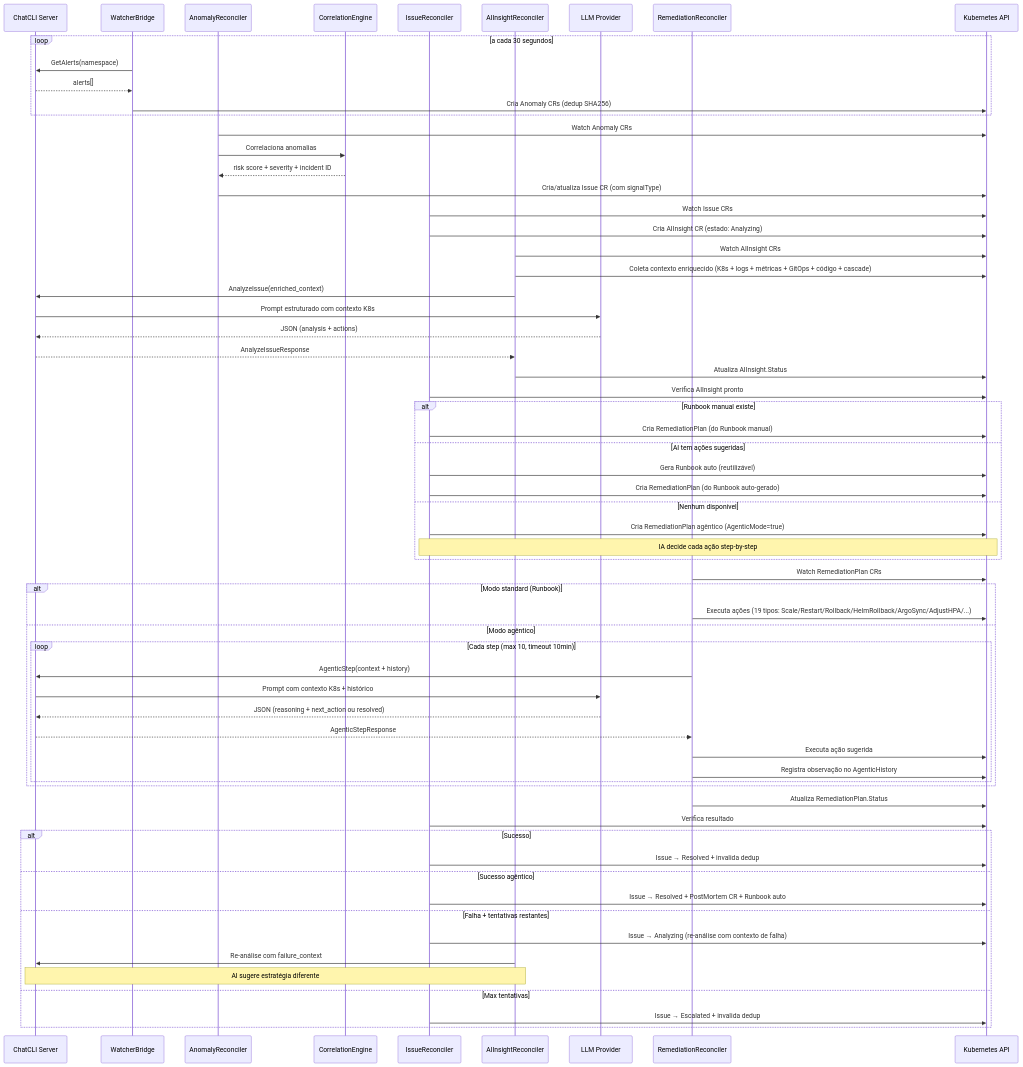
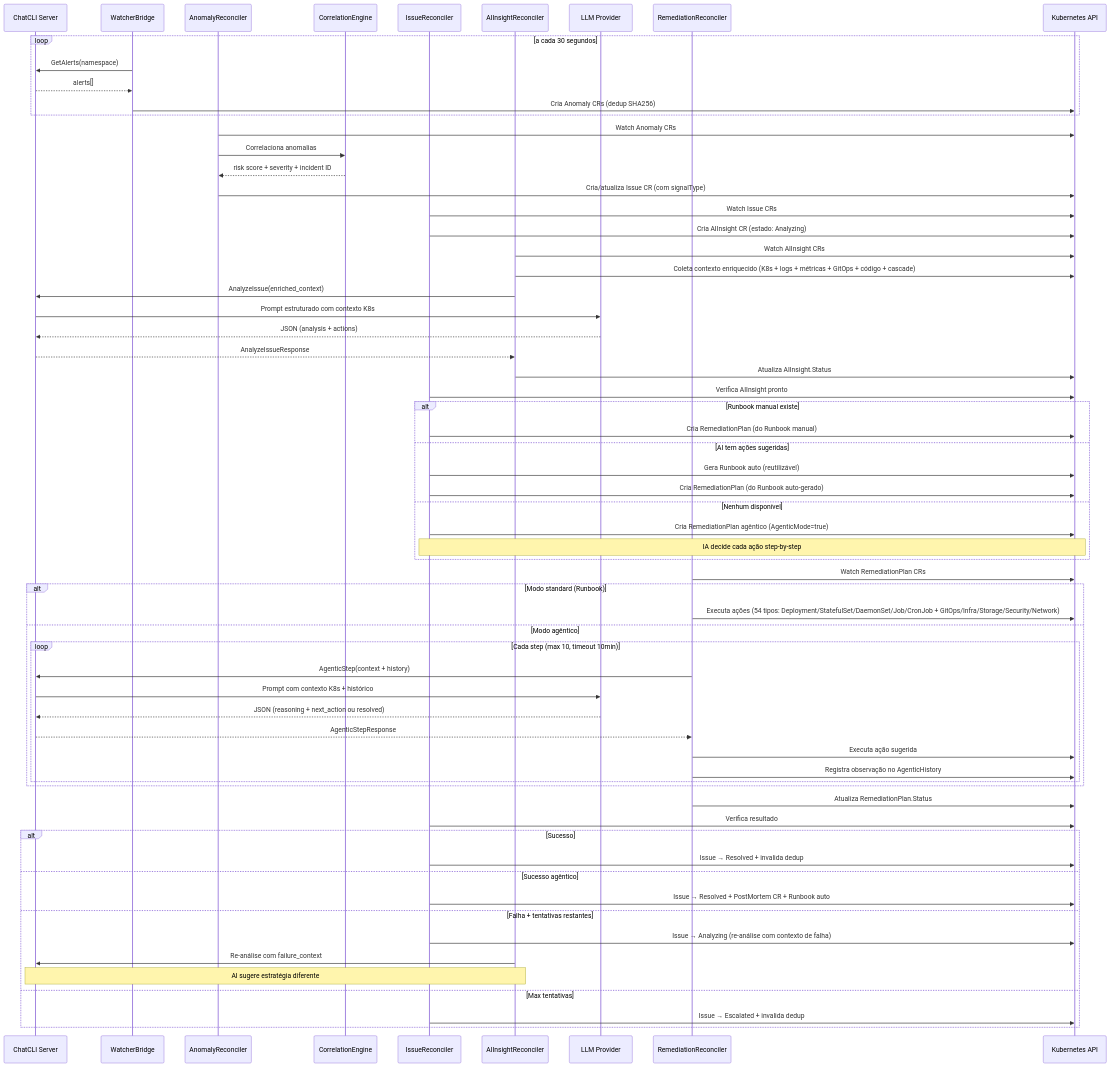
The first of 3 diagrams in features/aiops-platform.mdx (diillson/chatcli.ai), drawn with Mermaid before and after one commit. The commit also changed other lines of this file and 5 other files, not shown here.

````diff
--- a/features/aiops-platform.mdx
+++ b/features/aiops-platform.mdx
@@ -16,74 +16,74 @@
 ```mermaid
 sequenceDiagram
     participant Server as ChatCLI Server
     participant WB as WatcherBridge
     participant AR as AnomalyReconciler
     participant CE as CorrelationEngine
     participant IR as IssueReconciler
     participant AIR as AIInsightReconciler
     participant LLM as LLM Provider
     participant RR as RemediationReconciler
     participant K8s as Kubernetes API
 
     loop a cada 30 segundos
         WB->>Server: GetAlerts(namespace)
         Server-->>WB: alerts[]
         WB->>K8s: Cria Anomaly CRs (dedup SHA256)
     end
 
     AR->>K8s: Watch Anomaly CRs
     AR->>CE: Correlaciona anomalias
     CE-->>AR: risk score + severity + incident ID
     AR->>K8s: Cria/atualiza Issue CR (com signalType)
 
     IR->>K8s: Watch Issue CRs
     IR->>K8s: Cria AIInsight CR (estado: Analyzing)
 
     AIR->>K8s: Watch AIInsight CRs
     AIR->>K8s: Coleta contexto enriquecido (K8s + logs + métricas + GitOps + código + cascade)
     AIR->>Server: AnalyzeIssue(enriched_context)
     Server->>LLM: Prompt estruturado com contexto K8s
     LLM-->>Server: JSON (analysis + actions)
     Server-->>AIR: AnalyzeIssueResponse
     AIR->>K8s: Atualiza AIInsight.Status
 
     IR->>K8s: Verifica AIInsight pronto
     alt Runbook manual existe
         IR->>K8s: Cria RemediationPlan (do Runbook manual)
     else AI tem ações sugeridas
         IR->>K8s: Gera Runbook auto (reutilizável)
         IR->>K8s: Cria RemediationPlan (do Runbook auto-gerado)
     else Nenhum disponível
         IR->>K8s: Cria RemediationPlan agêntico (AgenticMode=true)
         Note over IR,K8s: IA decide cada ação step-by-step
     end
 
     RR->>K8s: Watch RemediationPlan CRs
 
     alt Modo standard (Runbook)
-        RR->>K8s: Executa ações (19 tipos: Scale/Restart/Rollback/HelmRollback/ArgoSync/AdjustHPA/...)
+        RR->>K8s: Executa ações (54 tipos: Deployment/StatefulSet/DaemonSet/Job/CronJob + GitOps/Infra/Storage/Security/Network)
     else Modo agêntico
         loop Cada step (max 10, timeout 10min)
             RR->>Server: AgenticStep(context + history)
             Server->>LLM: Prompt com contexto K8s + histórico
             LLM-->>Server: JSON (reasoning + next_action ou resolved)
             Server-->>RR: AgenticStepResponse
             RR->>K8s: Executa ação sugerida
             RR->>K8s: Registra observação no AgenticHistory
         end
     end
     RR->>K8s: Atualiza RemediationPlan.Status
 
     IR->>K8s: Verifica resultado
     alt Sucesso
         IR->>K8s: Issue → Resolved + invalida dedup
     else Sucesso agêntico
         IR->>K8s: Issue → Resolved + PostMortem CR + Runbook auto
     else Falha + tentativas restantes
         IR->>K8s: Issue → Analyzing (re-análise com contexto de falha)
         AIR->>Server: Re-análise com failure_context
         Note over AIR,Server: AI sugere estratégia diferente
     else Max tentativas
         IR->>K8s: Issue → Escalated + invalida dedup
     end
 ```
````
